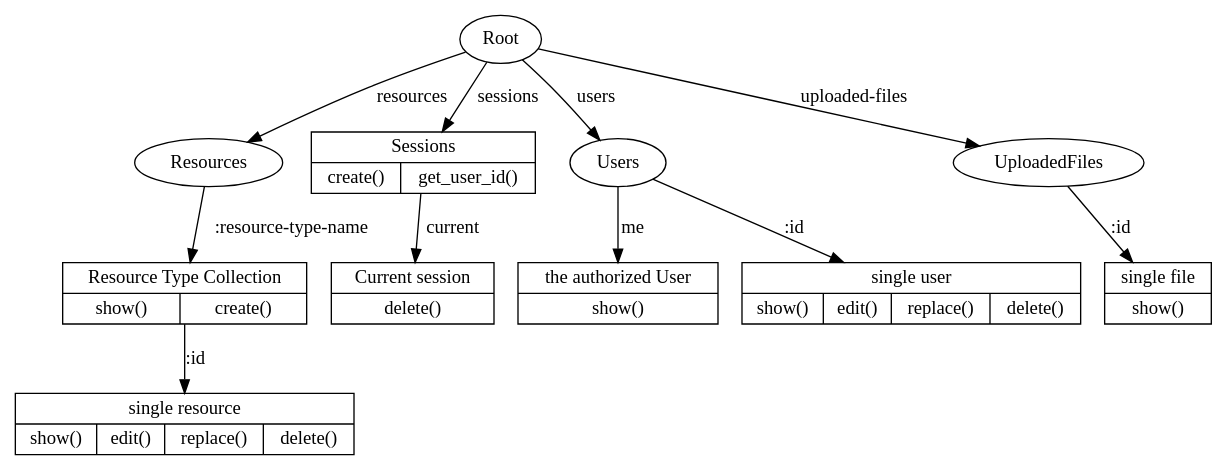
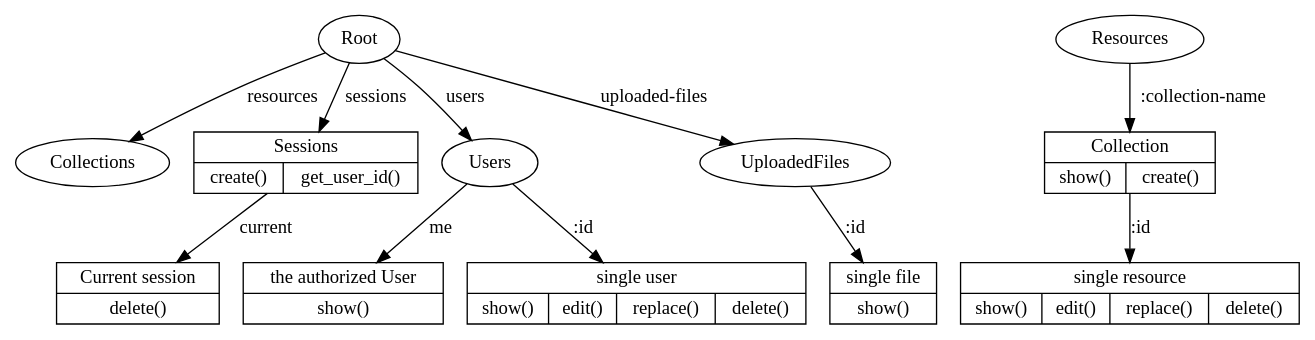
One commit to sealcode/sealious-user-reference changed the first of 2 diagrams in 0-intro.md. Above: the diagram before and after it, drawn with Graphviz. The commit also changed other lines of this file and 2 other files, not shown here.

````diff
--- a/0-intro.md
+++ b/0-intro.md
@@ -31,32 +31,32 @@
 ```graphviz
 digraph SubjectGraph {
 	graph [fontname = "Neris"];
 	node [fontname = "Neris"];
 	edge [fontname = "Neris"];
 	rank=same;
-	Root -> Resources [label=resources];
+	Root -> Collections [label=resources];
 	Root -> Sessions [label=sessions];
 	Root -> Users [label=users];
 	Root -> UploadedFiles [label="uploaded-files"];
 
 	Sessions [label="{Sessions | { create() | get_user_id() } }" shape="record"];
 
 	current_session [label="{Current session | { delete() }}" shape="record"];
 	Sessions -> current_session [label="current"];
 	
-	RT1 [label="{Resource Type Collection | {show() | create()  }}" shape="record"];
-	Resources -> RT1 [label=":resource-type-name"];
+	RT1 [label="{Collection | {show() | create()  }}" shape="record"];
+	Resources -> RT1 [label=":collection-name"];
 	
 	me [label="{the authorized User | show() }" shape="record"];
 	Users -> me [label="me"];
 	
 	single_user [label="{single user |{ show() | edit() | replace() | delete()}}" shape="record"];
 	Users -> single_user [label=":id"];
 	
 	single_file [label="{single file | {show() }}" shape="record"];
 	UploadedFiles -> single_file [label=":id"];
 
 	single_resource1 [label="{single resource | {show() | edit() | replace() | delete() }}" shape="record"];
 	RT1 -> single_resource1 [label=":id"];
 }
 ```
````
